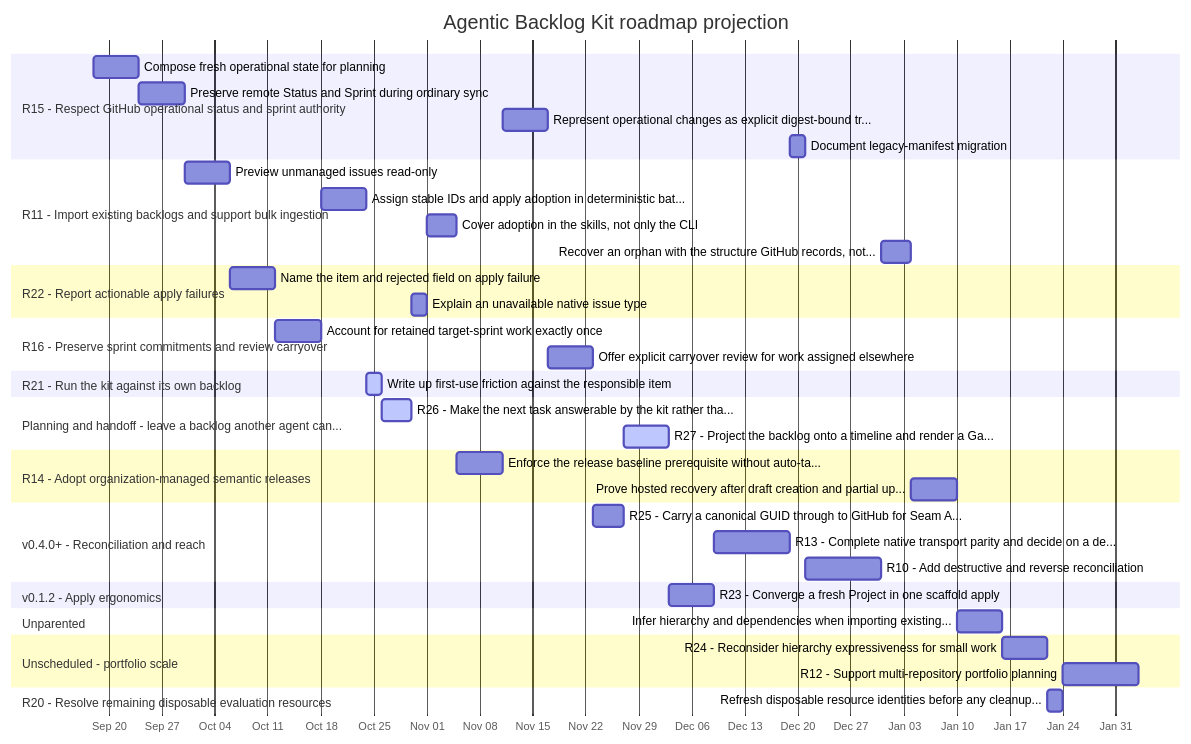
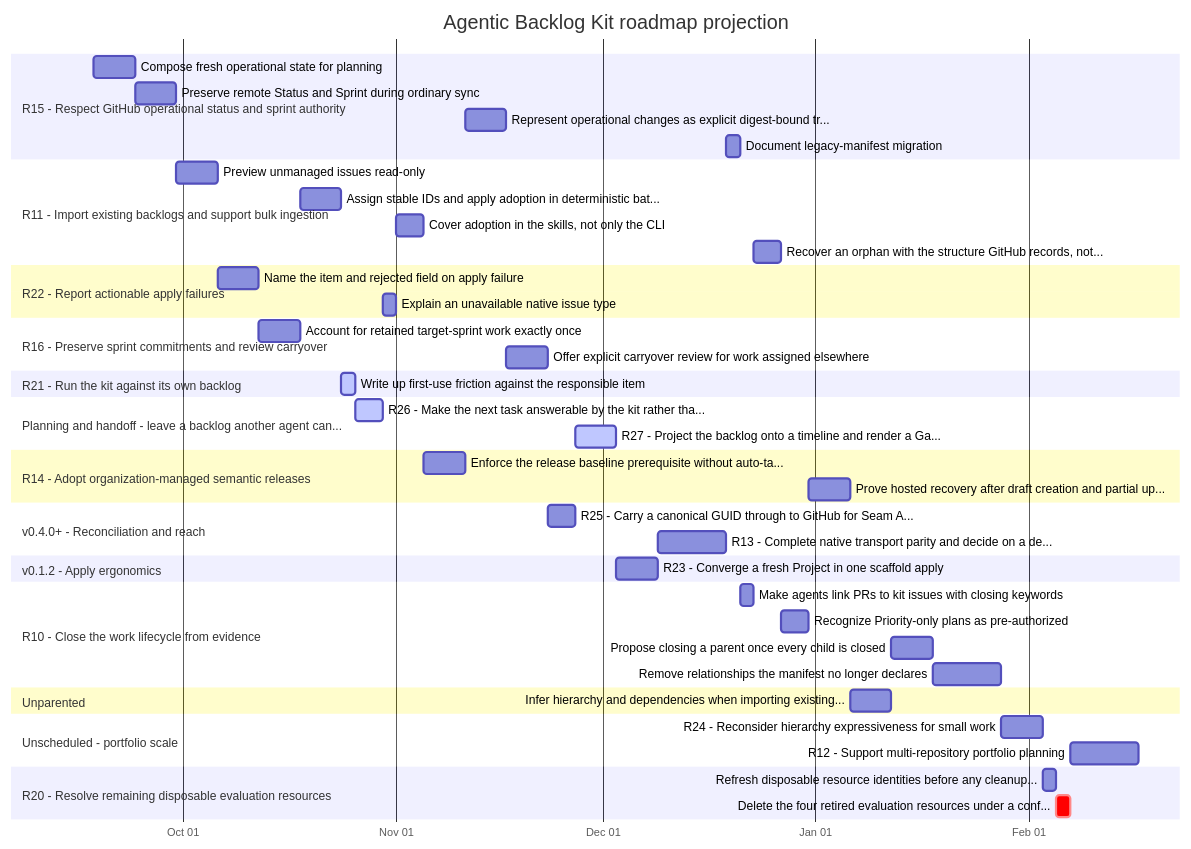
The diagram in docs/roadmap-gantt.md (aegolius-labs/agentic-backlog-kit), drawn with Mermaid before and after one commit. The commit also changed other lines of this file and 3 other files, not shown here.

````diff
--- a/docs/roadmap-gantt.md
+++ b/docs/roadmap-gantt.md
@@ -17,44 +17,49 @@
 ```mermaid
 gantt
     title Agentic Backlog Kit roadmap projection
     dateFormat YYYY-MM-DD
     axisFormat %b %d
 
     section R15 - Respect GitHub operational status and sprint authority
     Compose fresh operational state for planning :S-R15-1, 2026-09-18, 6d
     Preserve remote Status and Sprint during ordinary sync :S-R15-2, 2026-09-24, 6d
     Represent operational changes as explicit digest-bound tr... :S-R15-3, 2026-11-11, 6d
     Document legacy-manifest migration :S-R15-4, 2026-12-19, 2d
     section R11 - Import existing backlogs and support bulk ingestion
     Preview unmanaged issues read-only :S-R11-1, 2026-09-30, 6d
     Assign stable IDs and apply adoption in deterministic bat... :S-R11-2, 2026-10-18, 6d
     Cover adoption in the skills, not only the CLI :S-R11-3, 2026-11-01, 4d
-    Recover an orphan with the structure GitHub records, not... :S-R11-4, 2026-12-31, 4d
+    Recover an orphan with the structure GitHub records, not... :S-R11-4, 2026-12-23, 4d
     section R22 - Report actionable apply failures
     Name the item and rejected field on apply failure :S-R22-1, 2026-10-06, 6d
     Explain an unavailable native issue type :S-R22-2, 2026-10-30, 2d
     section R16 - Preserve sprint commitments and review carryover
     Account for retained target-sprint work exactly once :S-R16-1, 2026-10-12, 6d
     Offer explicit carryover review for work assigned elsewhere :S-R16-2, 2026-11-17, 6d
     section R21 - Run the kit against its own backlog
     Write up first-use friction against the responsible item :active, S-R21-3, 2026-10-24, 2d
     section Planning and handoff - leave a backlog another agent can...
     R26 - Make the next task answerable by the kit rather tha... :active, R26, 2026-10-26, 4d
     R27 - Project the backlog onto a timeline and render a Ga... :active, R27, 2026-11-27, 6d
     section R14 - Adopt organization-managed semantic releases
     Enforce the release baseline prerequisite without auto-ta... :S-R14-1, 2026-11-05, 6d
-    Prove hosted recovery after draft creation and partial up... :S-R14-2, 2027-01-04, 6d
+    Prove hosted recovery after draft creation and partial up... :S-R14-2, 2026-12-31, 6d
     section v0.4.0+ - Reconciliation and reach
     R25 - Carry a canonical GUID through to GitHub for Seam A... :R25, 2026-11-23, 4d
     R13 - Complete native transport parity and decide on a de... :R13, 2026-12-09, 10d
-    R10 - Add destructive and reverse reconciliation :R10, 2026-12-21, 10d
     section v0.1.2 - Apply ergonomics
     R23 - Converge a fresh Project in one scaffold apply :R23, 2026-12-03, 6d
+    section R10 - Close the work lifecycle from evidence
+    Make agents link PRs to kit issues with closing keywords :S-R10-1, 2026-12-21, 2d
+    Recognize Priority-only plans as pre-authorized :S-R10-4, 2026-12-27, 4d
+    Propose closing a parent once every child is closed :S-R10-2, 2027-01-12, 6d
+    Remove relationships the manifest no longer declares :S-R10-3, 2027-01-18, 10d
     section Unparented
-    Infer hierarchy and dependencies when importing existing... :GH-63, 2027-01-10, 6d
+    Infer hierarchy and dependencies when importing existing... :GH-63, 2027-01-06, 6d
     section Unscheduled - portfolio scale
-    R24 - Reconsider hierarchy expressiveness for small work :R24, 2027-01-16, 6d
-    R12 - Support multi-repository portfolio planning :R12, 2027-01-24, 10d
+    R24 - Reconsider hierarchy expressiveness for small work :R24, 2027-01-28, 6d
+    R12 - Support multi-repository portfolio planning :R12, 2027-02-07, 10d
     section R20 - Resolve remaining disposable evaluation resources
-    Refresh disposable resource identities before any cleanup... :S-R20-1, 2027-01-22, 2d
+    Refresh disposable resource identities before any cleanup... :S-R20-1, 2027-02-03, 2d
+    Delete the four retired evaluation resources under a conf... :crit, S-R20-2, 2027-02-05, 2d
 ```
````
